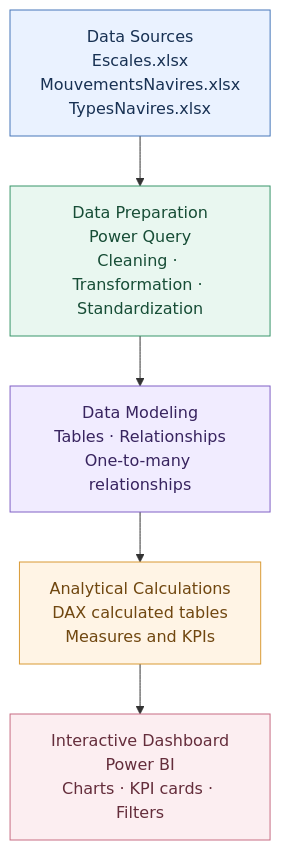
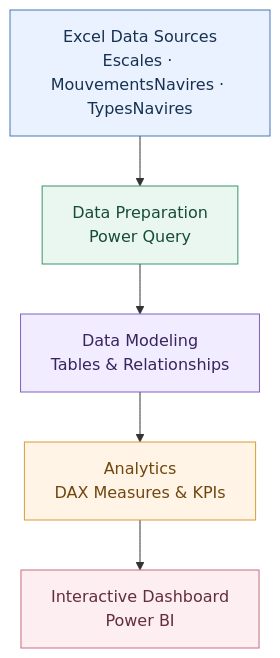
Before and after one commit to WiamOut/marsa-maroc-port-operations-analytics: the diagram in README.md, drawn with Mermaid. The commit also changed other lines of this file, not shown here.

````diff
--- a/README.md
+++ b/README.md
@@ -21,20 +11,16 @@
 ```mermaid
 flowchart TD
-    A["Data Sources<br/>Escales.xlsx<br/>MouvementsNavires.xlsx<br/>TypesNavires.xlsx"]
-
-    B["Data Preparation<br/>Power Query<br/>Cleaning · Transformation · Standardization"]
-
-    C["Data Modeling<br/>Tables · Relationships<br/>One-to-many relationships"]
-
-    D["Analytical Calculations<br/>DAX calculated tables<br/>Measures and KPIs"]
-
-    E["Interactive Dashboard<br/>Power BI<br/>Charts · KPI cards · Filters"]
+    A["Excel Data Sources<br/>Escales · MouvementsNavires · TypesNavires"]
+    B["Data Preparation<br/>Power Query"]
+    C["Data Modeling<br/>Tables & Relationships"]
+    D["Analytics<br/>DAX Measures & KPIs"]
+    E["Interactive Dashboard<br/>Power BI"]
 
     A --> B --> C --> D --> E
 
     style A fill:#EAF2FF,stroke:#4776B9,color:#183153
     style B fill:#E9F7F0,stroke:#39966A,color:#174D36
     style C fill:#F1ECFF,stroke:#8060C5,color:#38245F
     style D fill:#FFF4E5,stroke:#D99A35,color:#704710
     style E fill:#FCEEF1,stroke:#C76C83,color:#642D3B
 ```
````
